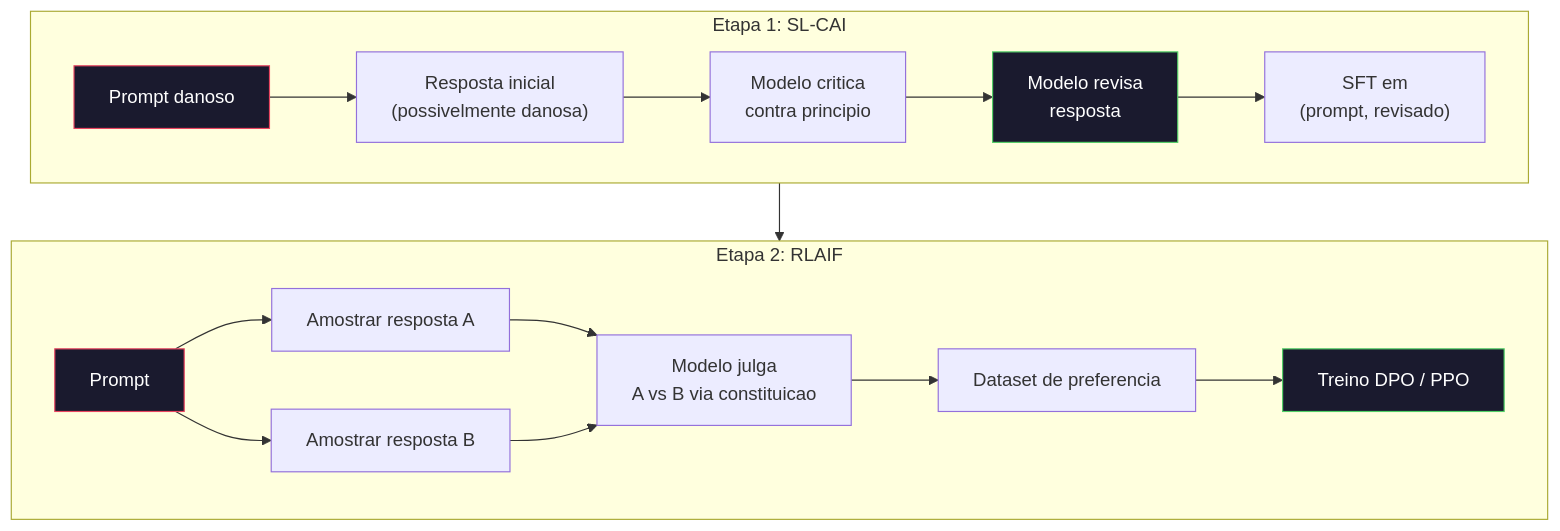
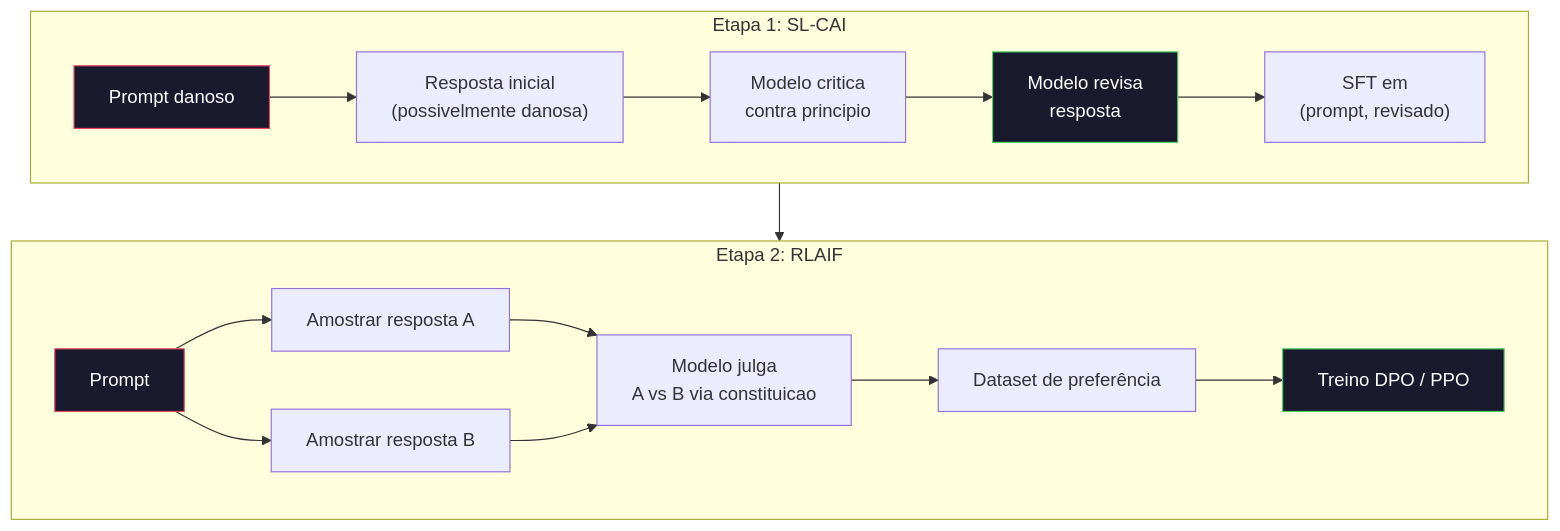
One commit to K3lvin-dev/ai-engineering-from-scratch changed the first of 2 diagrams in phases/10-llms-from-scratch/09-constitutional-ai-self-improvement/docs/pt-br.md. Above: the diagram before and after it, drawn with Mermaid. The commit also changed other lines of this file and 23 other files, not shown here.

````diff
--- a/phases/10-llms-from-scratch/09-constitutional-ai-self-improvement/docs/pt-br.md
+++ b/phases/10-llms-from-scratch/09-constitutional-ai-self-improvement/docs/pt-br.md
@@ -37,25 +37,25 @@
 ```mermaid
 graph TD
     subgraph SL["Etapa 1: SL-CAI"]
         P1["Prompt danoso"] --> R1["Resposta inicial\n(possivelmente danosa)"]
         R1 --> C1["Modelo critica\ncontra principio"]
         C1 --> REV["Modelo revisa\nresposta"]
         REV --> SFT["SFT em\n(prompt, revisado)"]
     end
 
     subgraph RL["Etapa 2: RLAIF"]
         P2["Prompt"] --> S1["Amostrar resposta A"]
         P2 --> S2["Amostrar resposta B"]
         S1 --> J["Modelo julga\nA vs B via constituicao"]
         S2 --> J
-        J --> RM["Dataset de preferencia"]
+        J --> RM["Dataset de preferência"]
         RM --> TRAIN["Treino DPO / PPO"]
     end
 
     SL --> RL
 
     style P1 fill:#1a1a2e,stroke:#e94560,color:#fff
     style REV fill:#1a1a2e,stroke:#51cf66,color:#fff
     style P2 fill:#1a1a2e,stroke:#e94560,color:#fff
     style TRAIN fill:#1a1a2e,stroke:#51cf66,color:#fff
 ```
````
